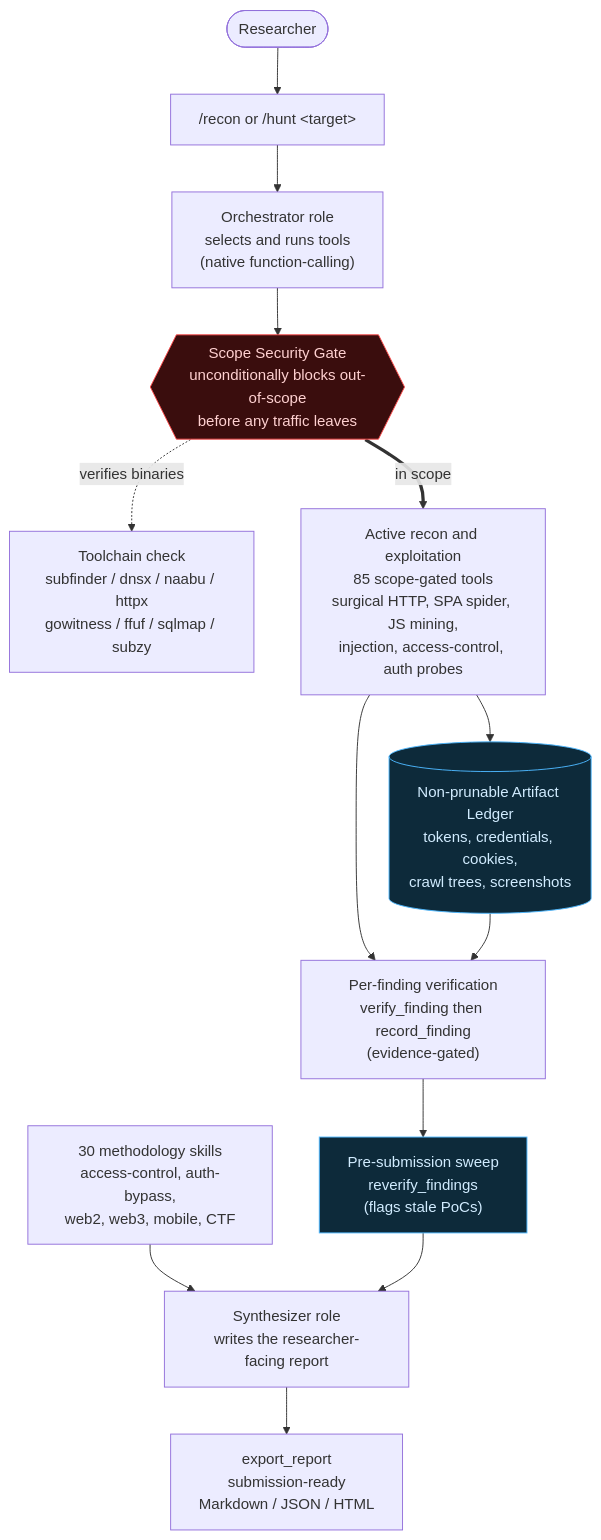
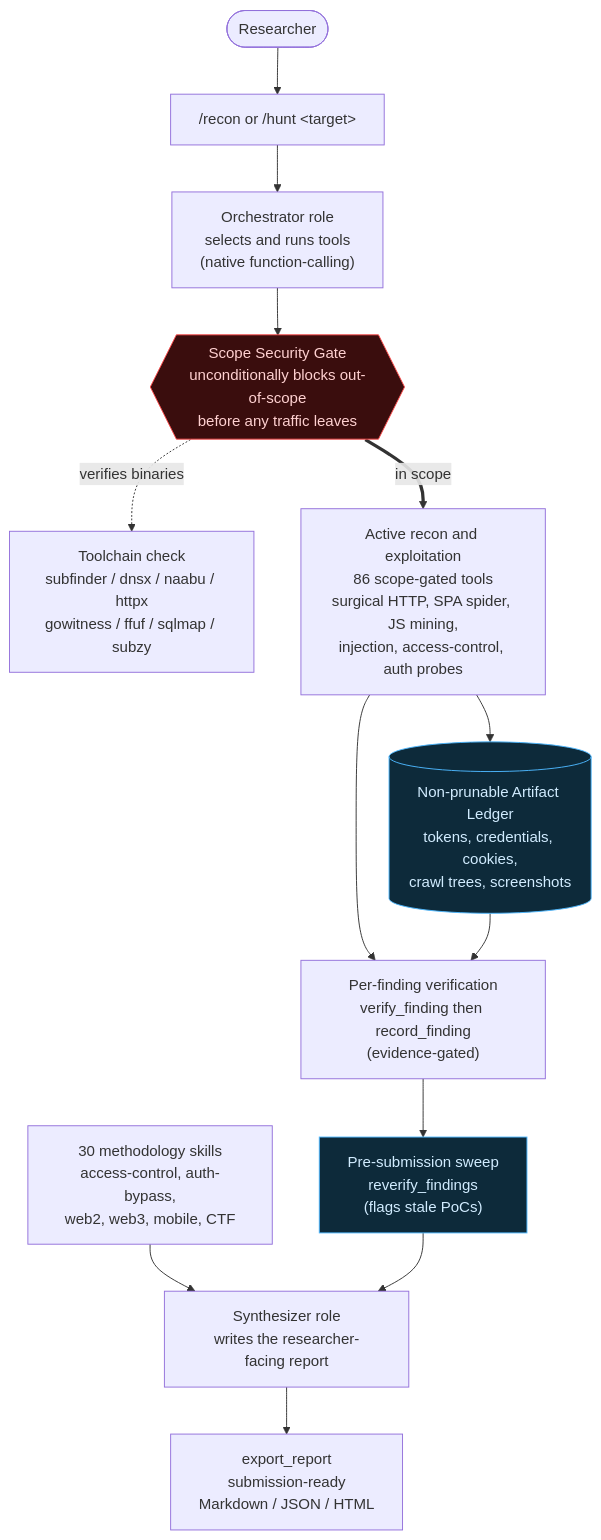
The diagram in README.md (project-hellhound-org/bounty-hunter), drawn with Mermaid before and after one commit. The commit also changed other lines of this file and 1 other file, not shown here.

````diff
--- a/README.md
+++ b/README.md
@@ -66,20 +66,20 @@
 ```mermaid
 flowchart TD
     U(["Researcher"]) --> CMD["/recon or /hunt &lt;target&gt;"]
     CMD --> ORC["Orchestrator role<br/>selects and runs tools<br/>(native function-calling)"]
     ORC --> GATE{{"Scope Security Gate<br/>unconditionally blocks out-of-scope<br/>before any traffic leaves"}}
     GATE -. verifies binaries .-> TOOLS["Toolchain check<br/>subfinder / dnsx / naabu / httpx<br/>gowitness / ffuf / sqlmap / subzy"]
-    GATE == in scope ==> RECON["Active recon and exploitation<br/>85 scope-gated tools<br/>surgical HTTP, SPA spider, JS mining,<br/>injection, access-control, auth probes"]
+    GATE == in scope ==> RECON["Active recon and exploitation<br/>86 scope-gated tools<br/>surgical HTTP, SPA spider, JS mining,<br/>injection, access-control, auth probes"]
     RECON --> LEDGER[("Non-prunable Artifact Ledger<br/>tokens, credentials, cookies,<br/>crawl trees, screenshots")]
     RECON --> VERIFY["Per-finding verification<br/>verify_finding then record_finding<br/>(evidence-gated)"]
     LEDGER --> VERIFY
     VERIFY --> REVERIFY["Pre-submission sweep<br/>reverify_findings<br/>(flags stale PoCs)"]
     SKILLS["30 methodology skills<br/>access-control, auth-bypass,<br/>web2, web3, mobile, CTF"] --> SYN
     REVERIFY --> SYN["Synthesizer role<br/>writes the researcher-facing report"]
     SYN --> REP["export_report<br/>submission-ready<br/>Markdown / JSON / HTML"]
 
     classDef gate fill:#3a0d0d,stroke:#ff4d4d,color:#ffd1d1;
     classDef store fill:#0d2a3a,stroke:#4db8ff,color:#d1ecff;
     class GATE gate;
     class LEDGER,REVERIFY store;
 ```
````
